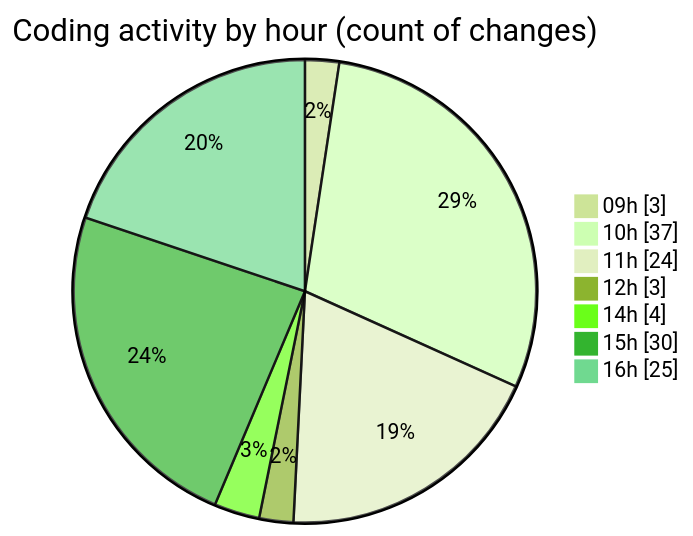
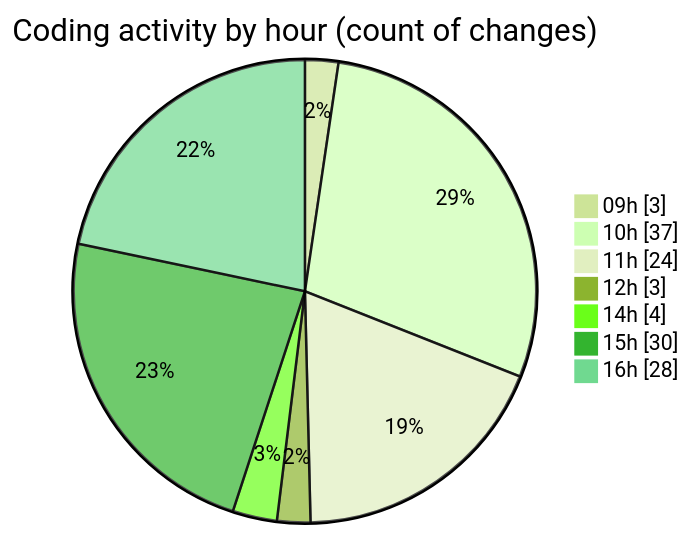
The second of 2 diagrams in 2025-05-02/ecodeli/README.md (CELIANVF/code-tracking), drawn with Mermaid (forest theme) before and after one commit. The commit also changed other lines of this file and 1 other file, not shown here.

````diff
--- a/2025-05-02/ecodeli/README.md
+++ b/2025-05-02/ecodeli/README.md
@@ -83,11 +84,11 @@
 ```mermaid
 pie showData
 title Coding activity by hour (count of changes)
 "09h" : 3
 "10h" : 37
 "11h" : 24
 "12h" : 3
 "14h" : 4
 "15h" : 30
-"16h" : 25
+"16h" : 28
 ```
````
